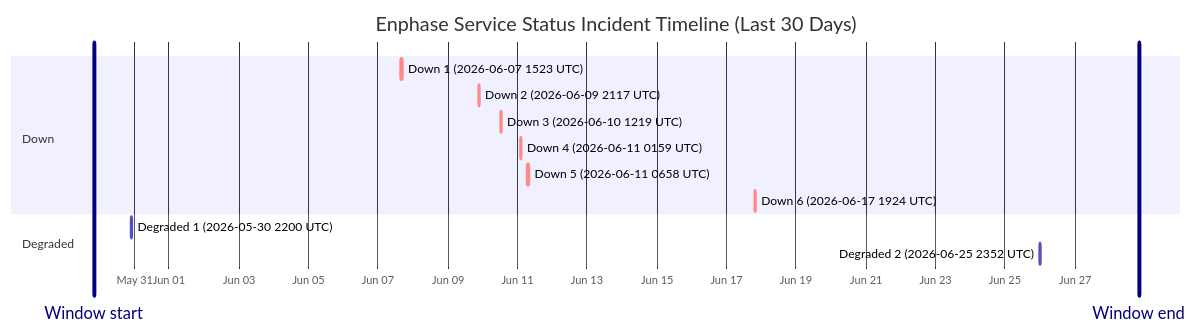
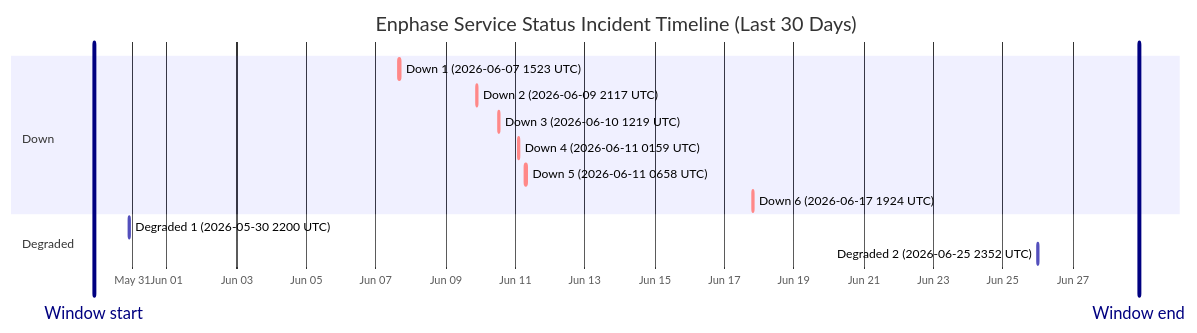
The diagram in wiki/Service-Status-History.md (barneyonline/ha-enphase-energy), drawn with Mermaid before and after one commit. The commit also changed other lines of this file and 3 other files, not shown here.

````diff
--- a/wiki/Service-Status-History.md
+++ b/wiki/Service-Status-History.md
@@ -14,18 +14,18 @@
 ```mermaid
 gantt
     title Enphase Service Status Incident Timeline (Last 30 Days)
     dateFormat  YYYY-MM-DDTHH:mm:ss
     axisFormat  %b %d
-    Window start :vert, window-start, 2026-05-29T20:12:17, 0ms
-    Window end :vert, window-end, 2026-06-28T20:12:17, 0ms
+    Window start :vert, window-start, 2026-05-29T21:37:31, 0ms
+    Window end :vert, window-end, 2026-06-28T21:37:31, 0ms
     section Down
     Down 1 (2026-06-07 1523 UTC) :crit, down-1, 2026-06-07T15:23:22, 87m
     Down 2 (2026-06-09 2117 UTC) :crit, down-2, 2026-06-09T21:17:17, 60m
     Down 3 (2026-06-10 1219 UTC) :crit, down-3, 2026-06-10T12:19:21, 60m
     Down 4 (2026-06-11 0159 UTC) :crit, down-4, 2026-06-11T01:59:36, 60m
     Down 5 (2026-06-11 0658 UTC) :crit, down-5, 2026-06-11T06:58:45, 60m
     Down 6 (2026-06-17 1924 UTC) :crit, down-6, 2026-06-17T19:24:51, 60m
     section Degraded
     Degraded 1 (2026-05-30 2200 UTC) :active, degraded-1, 2026-05-30T22:00:37, 60m
     Degraded 2 (2026-06-25 2352 UTC) :active, degraded-2, 2026-06-25T23:52:01, 60m
 ```
````
